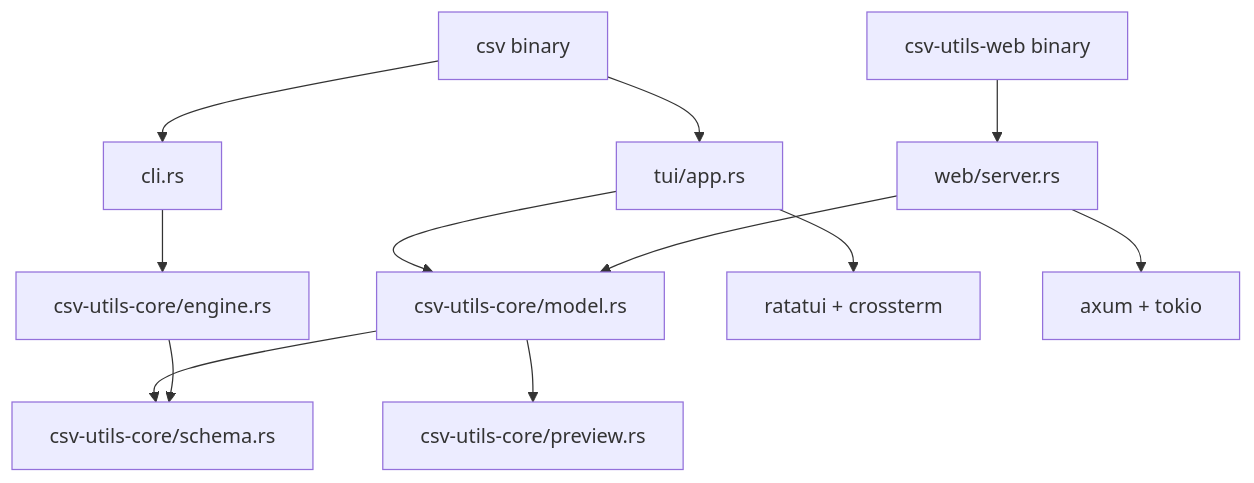
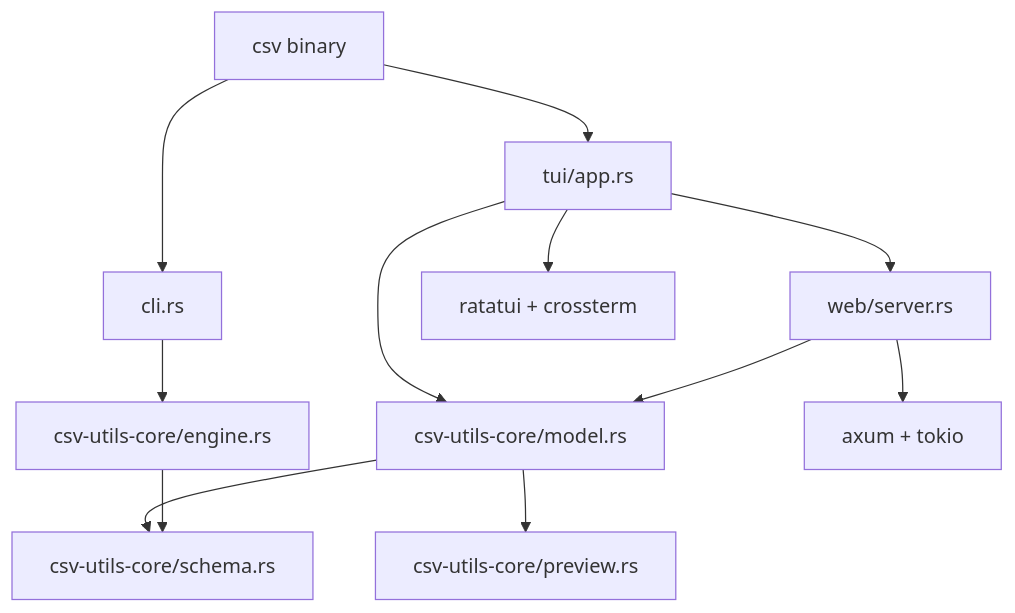
Before and after one commit to amirhosseindavoody/csv-utils: the diagram in docs/architecture.md, drawn with Mermaid. The commit also changed other lines of this file and 25 other files, not shown here.

First line of the commit message:
Refactor project structure and integrate web UI into TUI

````diff
--- a/docs/architecture.md
+++ b/docs/architecture.md
@@ -7,14 +7,14 @@
 ```mermaid
 flowchart TB
   bin[csv binary] --> cli[cli.rs]
   bin --> tui[tui/app.rs]
-  web[csv-utils-web binary] --> web_srv[web/server.rs]
+  tui --> web_mod[web/server.rs]
   cli --> engine[csv-utils-core/engine.rs]
   tui --> model[csv-utils-core/model.rs]
-  web_srv --> model
+  web_mod --> model
   model --> preview[csv-utils-core/preview.rs]
   model --> schema[csv-utils-core/schema.rs]
   engine --> schema
   tui --> ratatui[ratatui + crossterm]
-  web_srv --> axum[axum + tokio]
+  web_mod --> axum[axum + tokio]
 ```
````
